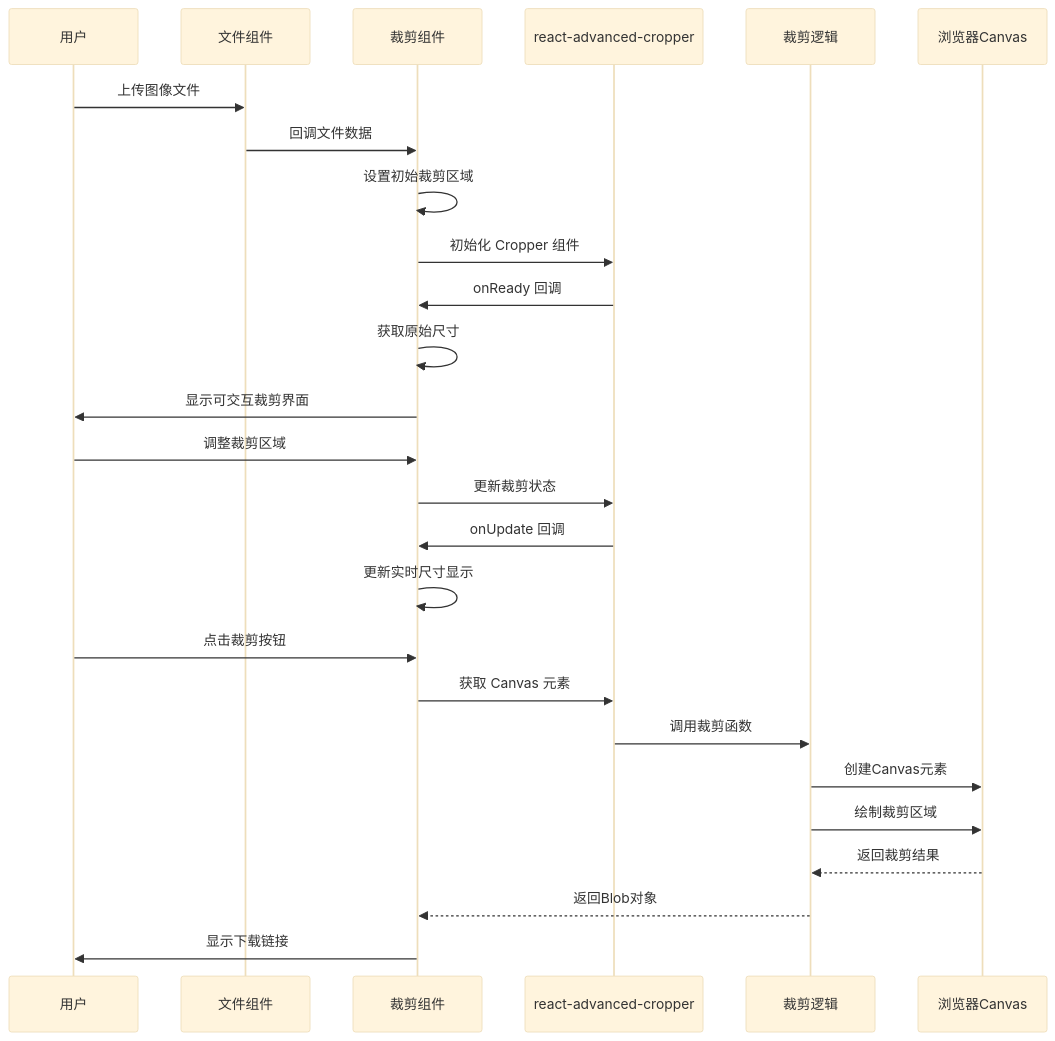
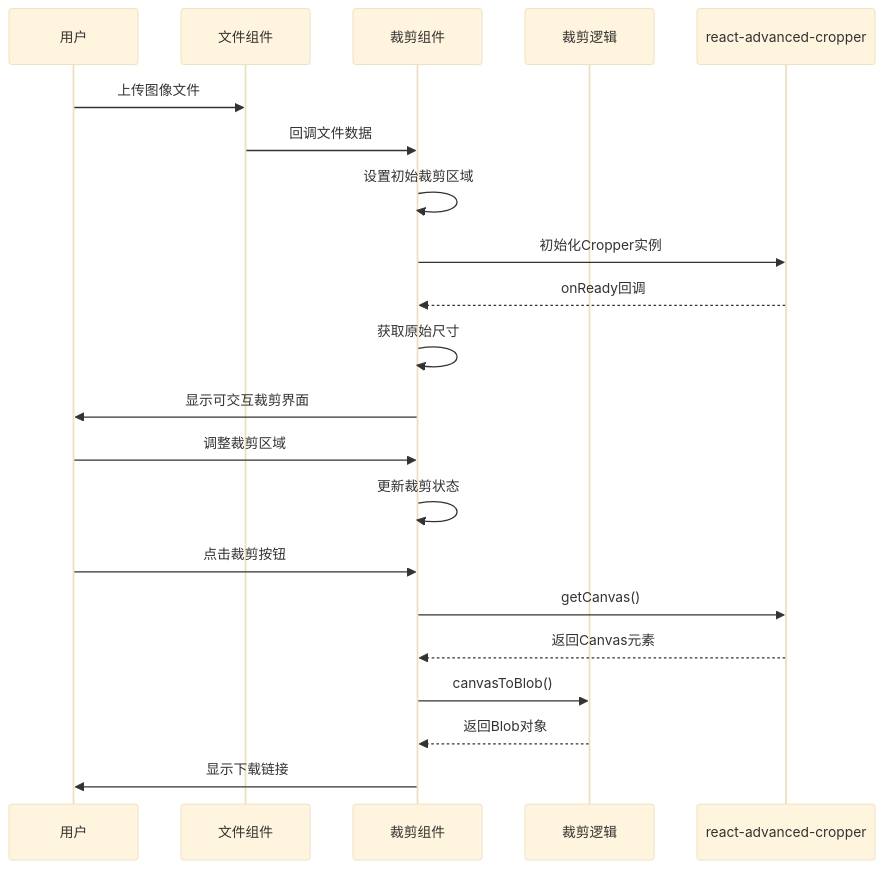
Before and after one commit to sgyy/privadeck: the third of 12 diagrams in .qoder/repowiki/zh/content/图像工具/图像裁剪.md, drawn with Mermaid (base theme). The commit also changed other lines of this file and 23 other files, not shown here.

````diff
--- a/.qoder/repowiki/zh/content/图像工具/图像裁剪.md
+++ b/.qoder/repowiki/zh/content/图像工具/图像裁剪.md
@@ -160,28 +163,23 @@
 ```mermaid
 sequenceDiagram
 participant U as 用户
 participant FC as 文件组件
 participant IC as 裁剪组件
+participant CL as 裁剪逻辑
 participant RC as react-advanced-cropper
-participant CL as 裁剪逻辑
-participant BC as 浏览器Canvas
 U->>FC : 上传图像文件
 FC->>IC : 回调文件数据
 IC->>IC : 设置初始裁剪区域
-IC->>RC : 初始化 Cropper 组件
-RC->>IC : onReady 回调
+IC->>RC : 初始化Cropper实例
+RC-->>IC : onReady回调
 IC->>IC : 获取原始尺寸
 IC->>U : 显示可交互裁剪界面
 U->>IC : 调整裁剪区域
-IC->>RC : 更新裁剪状态
-RC->>IC : onUpdate 回调
-IC->>IC : 更新实时尺寸显示
+IC->>IC : 更新裁剪状态
 U->>IC : 点击裁剪按钮
-IC->>RC : 获取 Canvas 元素
-RC->>CL : 调用裁剪函数
-CL->>BC : 创建Canvas元素
-CL->>BC : 绘制裁剪区域
-BC-->>CL : 返回裁剪结果
+IC->>RC : getCanvas()
+RC-->>IC : 返回Canvas元素
+IC->>CL : canvasToBlob()
 CL-->>IC : 返回Blob对象
 IC->>U : 显示下载链接
 ```
````
